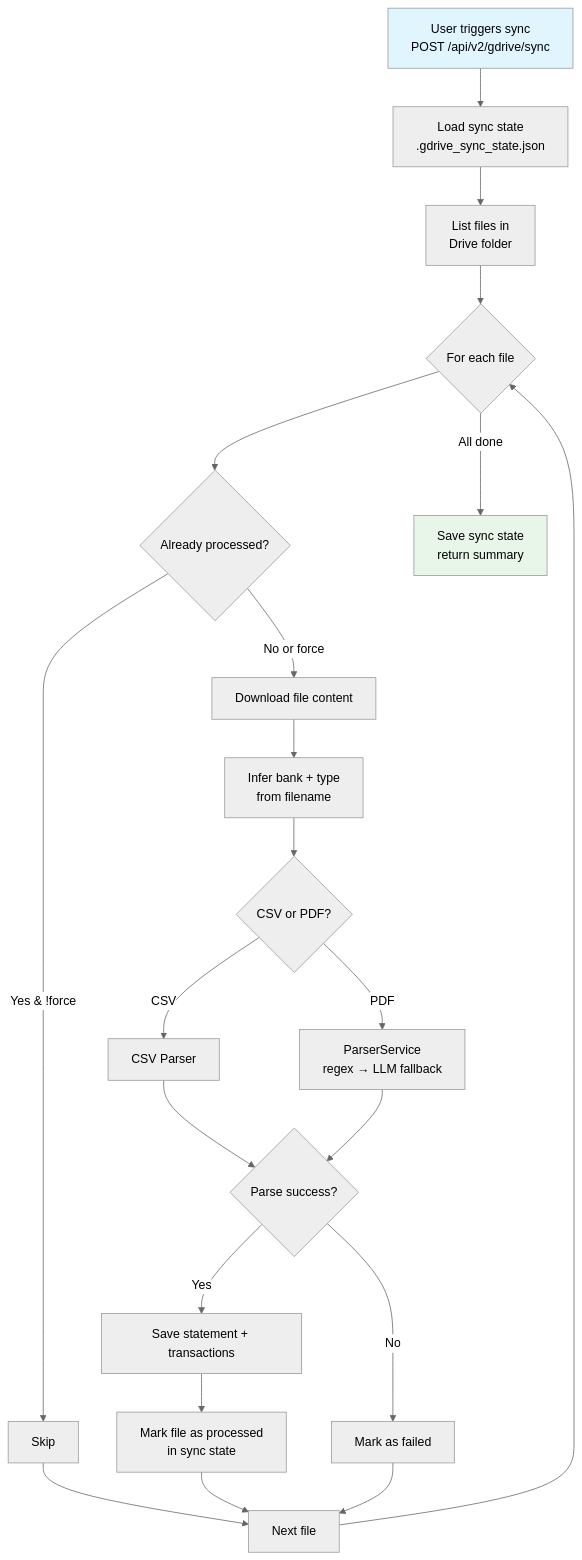
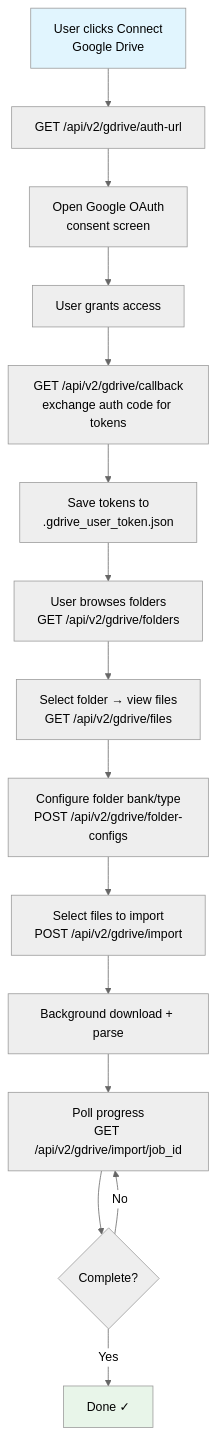
One commit to ghiridhars/finance-tracker-personal changed the fifth of 11 diagrams in docs/ARCHITECTURE.md. Above: the diagram before and after it, drawn with Mermaid (neutral theme). The commit also changed other lines of this file and 7 other files, not shown here.

Commit message:
feat: implement OAuth2-based Google Drive sync, local filesystem sync, and a comprehensive database administration panel

````diff
--- a/docs/ARCHITECTURE.md
+++ b/docs/ARCHITECTURE.md
@@ -189,34 +197,21 @@
 ```mermaid
 flowchart TD
-    A[User triggers sync<br/>POST /api/v2/gdrive/sync] --> B[Load sync state<br/>.gdrive_sync_state.json]
-    B --> C[List files in<br/>Drive folder]
-    C --> D{For each file}
+    A[User clicks Connect<br/>Google Drive] --> B[GET /api/v2/gdrive/auth-url]
+    B --> C[Open Google OAuth<br/>consent screen]
+    C --> D[User grants access]
+    D --> E[GET /api/v2/gdrive/callback<br/>exchange auth code for tokens]
+    E --> F[Save tokens to<br/>.gdrive_user_token.json]
 
-    D --> E{Already processed?}
-    E -->|Yes & !force| F[Skip]
-    E -->|No or force| G[Download file content]
-
-    G --> H[Infer bank + type<br/>from filename]
-    H --> I{CSV or PDF?}
-
-    I -->|CSV| J[CSV Parser]
-    I -->|PDF| K[ParserService<br/>regex → LLM fallback]
-
-    J --> L{Parse success?}
-    K --> L
-
-    L -->|Yes| M[Save statement + transactions]
-    L -->|No| N[Mark as failed]
-
-    M --> O[Mark file as processed<br/>in sync state]
-
-    F --> P[Next file]
-    O --> P
-    N --> P
-
-    P --> D
-    D -->|All done| Q[Save sync state<br/>return summary]
+    F --> G[User browses folders<br/>GET /api/v2/gdrive/folders]
+    G --> H[Select folder → view files<br/>GET /api/v2/gdrive/files]
+    H --> I[Configure folder bank/type<br/>POST /api/v2/gdrive/folder-configs]
+    I --> J[Select files to import<br/>POST /api/v2/gdrive/import]
+    J --> K[Background download + parse]
+    K --> L[Poll progress<br/>GET /api/v2/gdrive/import/job_id]
+    L --> M{Complete?}
+    M -->|No| L
+    M -->|Yes| N[Done ✓]
 
     style A fill:#e1f5fe
-    style Q fill:#e8f5e9
+    style N fill:#e8f5e9
 ```
````
